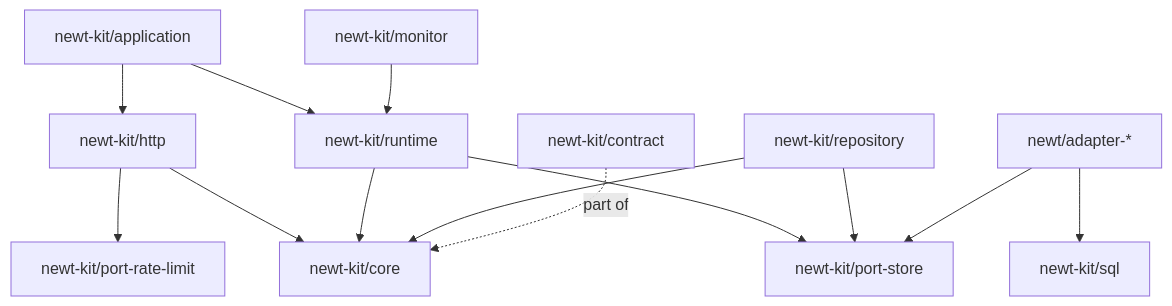
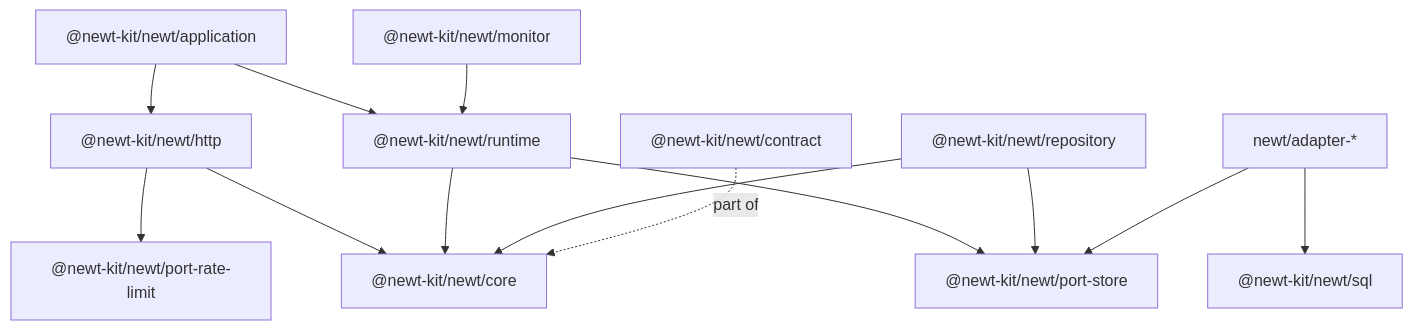
Before and after one commit to aromero86/newt: the diagram in web/manual/d-exports.md, drawn with Mermaid. The commit also changed other lines of this file and 634 other files, not shown here.

````diff
--- a/web/manual/d-exports.md
+++ b/web/manual/d-exports.md
@@ -13,15 +13,15 @@
 ```mermaid
 flowchart TD
-  application["newt-kit/application"] --> runtime["newt-kit/runtime"]
-  application --> http["newt-kit/http"]
-  monitor["newt-kit/monitor"] --> runtime
-  http --> core["newt-kit/core"]
-  http --> ratelimit["newt-kit/port-rate-limit"]
+  application["@newt-kit/newt/application"] --> runtime["@newt-kit/newt/runtime"]
+  application --> http["@newt-kit/newt/http"]
+  monitor["@newt-kit/newt/monitor"] --> runtime
+  http --> core["@newt-kit/newt/core"]
+  http --> ratelimit["@newt-kit/newt/port-rate-limit"]
   runtime --> core
-  runtime --> portstore["newt-kit/port-store"]
-  repository["newt-kit/repository"] --> portstore
+  runtime --> portstore["@newt-kit/newt/port-store"]
+  repository["@newt-kit/newt/repository"] --> portstore
   repository --> core
-  adapters["newt/adapter-*"] --> sql["newt-kit/sql"]
+  adapters["newt/adapter-*"] --> sql["@newt-kit/newt/sql"]
   adapters --> portstore
-  contract["newt-kit/contract"] -.->|"part of"| core
+  contract["@newt-kit/newt/contract"] -.->|"part of"| core
 ```
````
